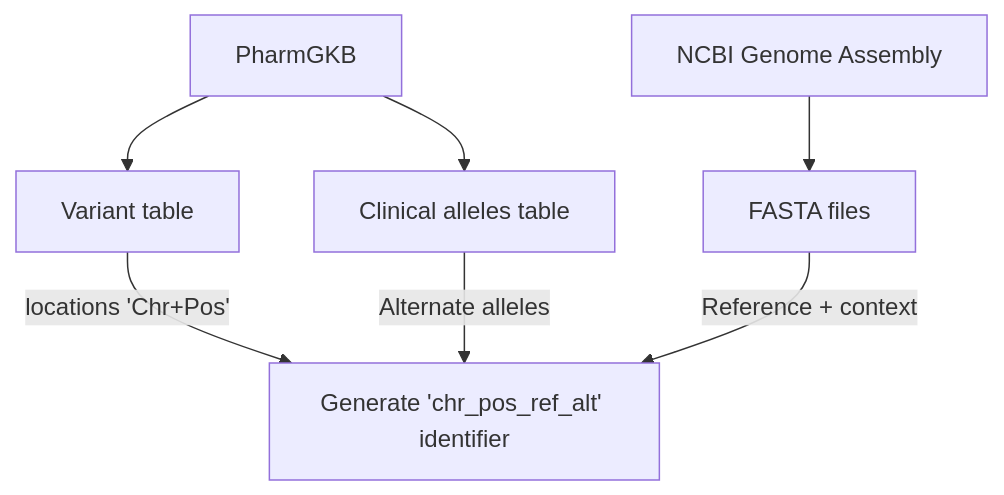
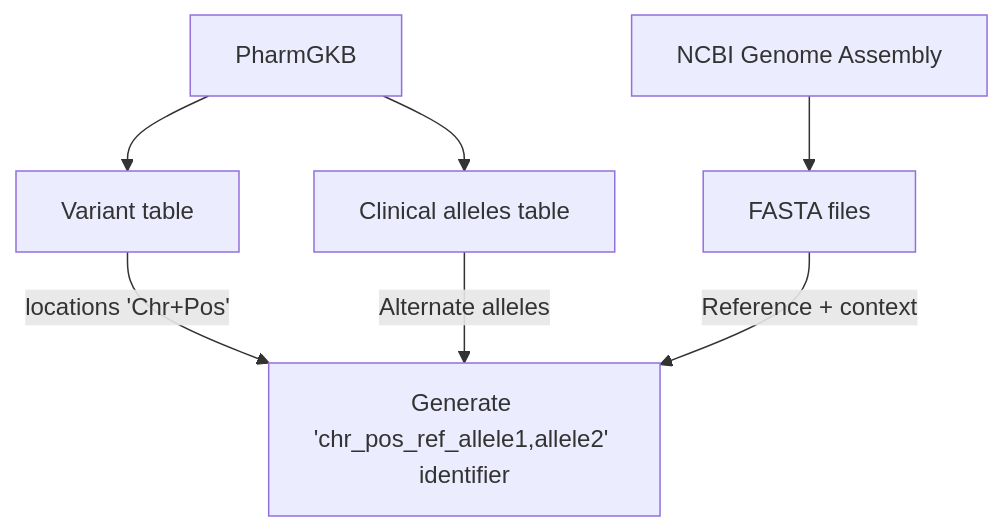
One commit to EBIvariation/opentargets-pharmgkb changed the diagram in README.md. Above: the diagram before and after it, drawn with Mermaid. The commit also changed other lines of this file, not shown here.

````diff
--- a/README.md
+++ b/README.md
@@ -78,15 +76,15 @@
 ```mermaid
 graph TD
     J[PharmGKB]
     H[FASTA files]
     E[Clinical alleles table]
     A[Variant table]    
-    D[Generate 'chr_pos_ref_alt' identifier]
+    D[Generate 'chr_pos_ref_allele1,allele2' identifier]
     S[NCBI Genome Assembly]
     J --> A
     J --> E
     S --> H
     A --> |locations 'Chr+Pos'| D
     H --> |Reference + context| D
     E --> |Alternate alleles| D
 ```
````
